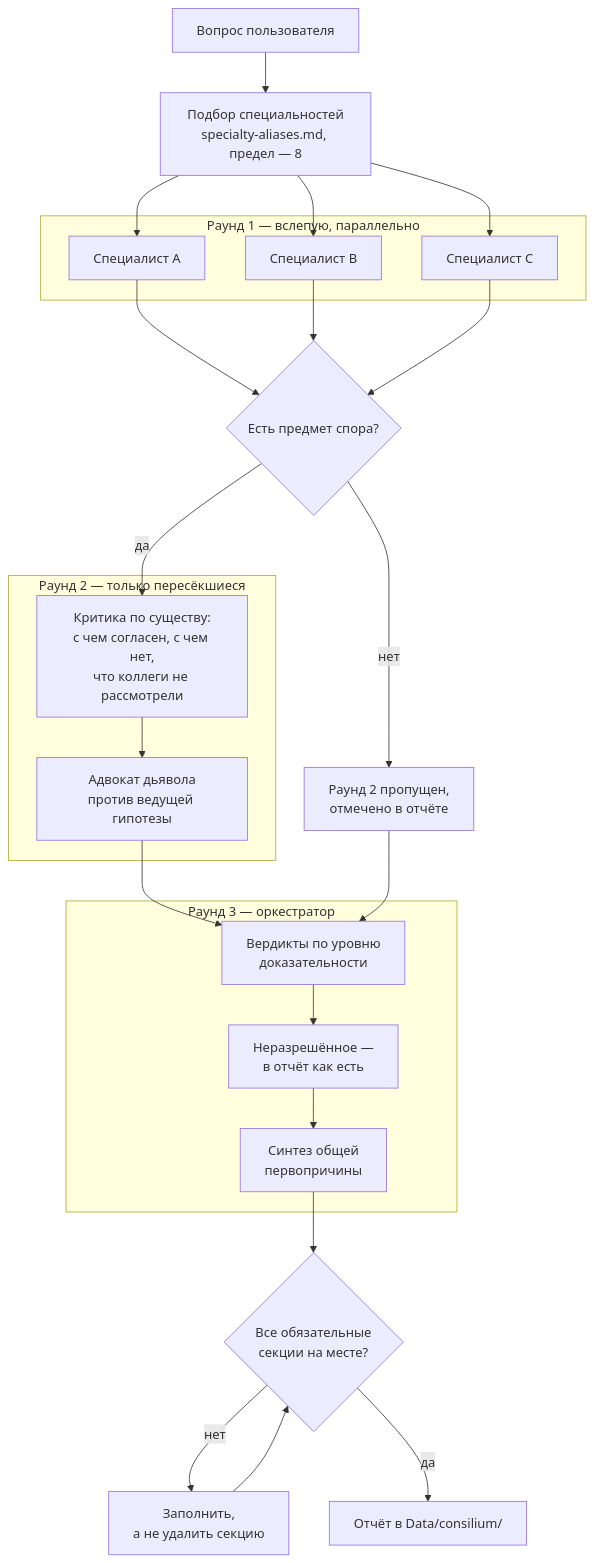
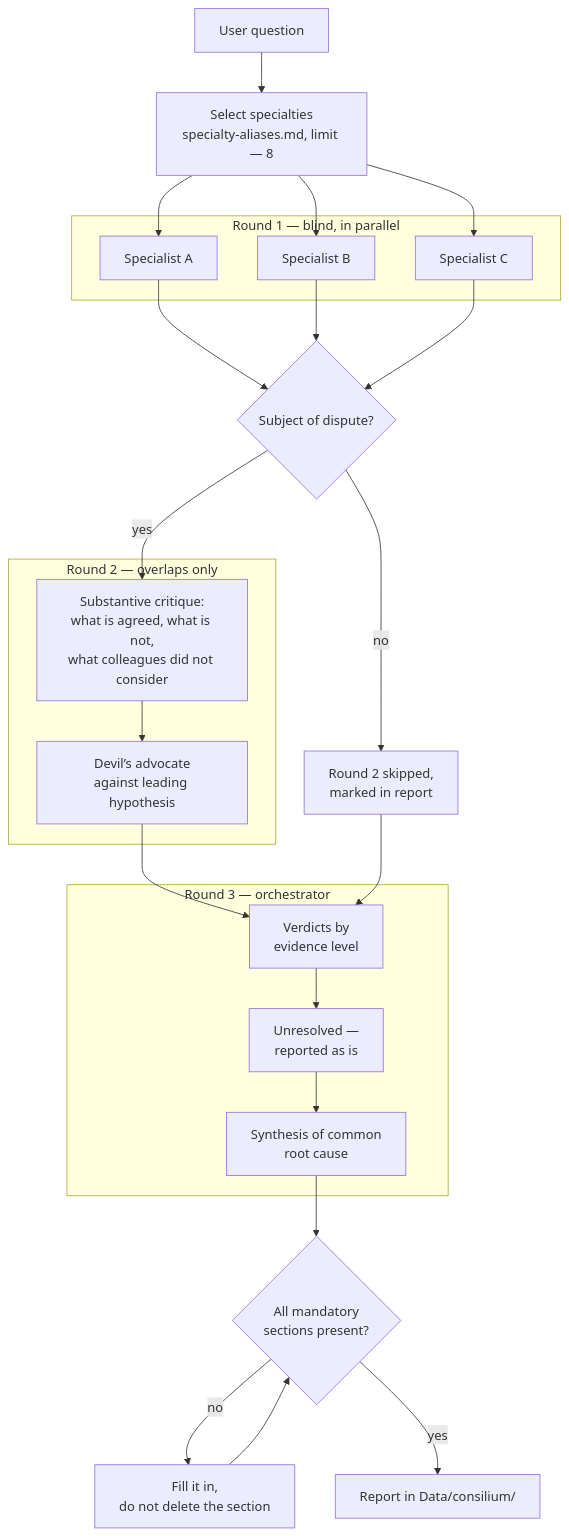
The first of 2 diagrams in docs/ARCHITECTURE.md (NickSeagull/health-os), drawn with Mermaid before and after one commit. The commit also changed other lines of this file and 233 other files, not shown here.

````diff
--- a/docs/ARCHITECTURE.md
+++ b/docs/ARCHITECTURE.md
@@ -236,42 +236,42 @@
 ```mermaid
 flowchart TB
-    Q["Вопрос пользователя"] --> PICK["Подбор специальностей<br/>specialty-aliases.md, предел — 8"]
+    Q["User question"] --> PICK["Select specialties<br/>specialty-aliases.md, limit — 8"]
 
-    subgraph R1["Раунд 1 — вслепую, параллельно"]
-        A1["Специалист A"]
-        A2["Специалист B"]
-        A3["Специалист C"]
+    subgraph R1["Round 1 — blind, in parallel"]
+        A1["Specialist A"]
+        A2["Specialist B"]
+        A3["Specialist C"]
     end
 
-    subgraph R2["Раунд 2 — только пересёкшиеся"]
-        C1["Критика по существу:<br/>с чем согласен, с чем нет,<br/>что коллеги не рассмотрели"]
-        DEV["Адвокат дьявола<br/>против ведущей гипотезы"]
+    subgraph R2["Round 2 — overlaps only"]
+        C1["Substantive critique:<br/>what is agreed, what is not,<br/>what colleagues did not consider"]
+        DEV["Devil’s advocate<br/>against leading hypothesis"]
     end
 
-    subgraph R3["Раунд 3 — оркестратор"]
-        V["Вердикты по уровню<br/>доказательности"]
-        U["Неразрешённое —<br/>в отчёт как есть"]
-        S["Синтез общей<br/>первопричины"]
+    subgraph R3["Round 3 — orchestrator"]
+        V["Verdicts by<br/>evidence level"]
+        U["Unresolved —<br/>reported as is"]
+        S["Synthesis of common<br/>root cause"]
     end
 
     PICK --> A1
     PICK --> A2
     PICK --> A3
 
-    A1 --> CROSS{"Есть предмет спора?"}
+    A1 --> CROSS{"Subject of dispute?"}
     A2 --> CROSS
     A3 --> CROSS
 
-    CROSS -->|"нет"| SKIP["Раунд 2 пропущен,<br/>отмечено в отчёте"]
-    CROSS -->|"да"| C1
+    CROSS -->|"no"| SKIP["Round 2 skipped,<br/>marked in report"]
+    CROSS -->|"yes"| C1
     C1 --> DEV
 
     DEV --> V
     SKIP --> V
     V --> U --> S
 
-    S --> GATE{"Все обязательные<br/>секции на месте?"}
-    GATE -->|"нет"| FILL["Заполнить,<br/>а не удалить секцию"]
+    S --> GATE{"All mandatory<br/>sections present?"}
+    GATE -->|"no"| FILL["Fill it in,<br/>do not delete the section"]
     FILL --> GATE
-    GATE -->|"да"| OUT["Отчёт в Data/consilium/"]
+    GATE -->|"yes"| OUT["Report in Data/consilium/"]
 ```
````
